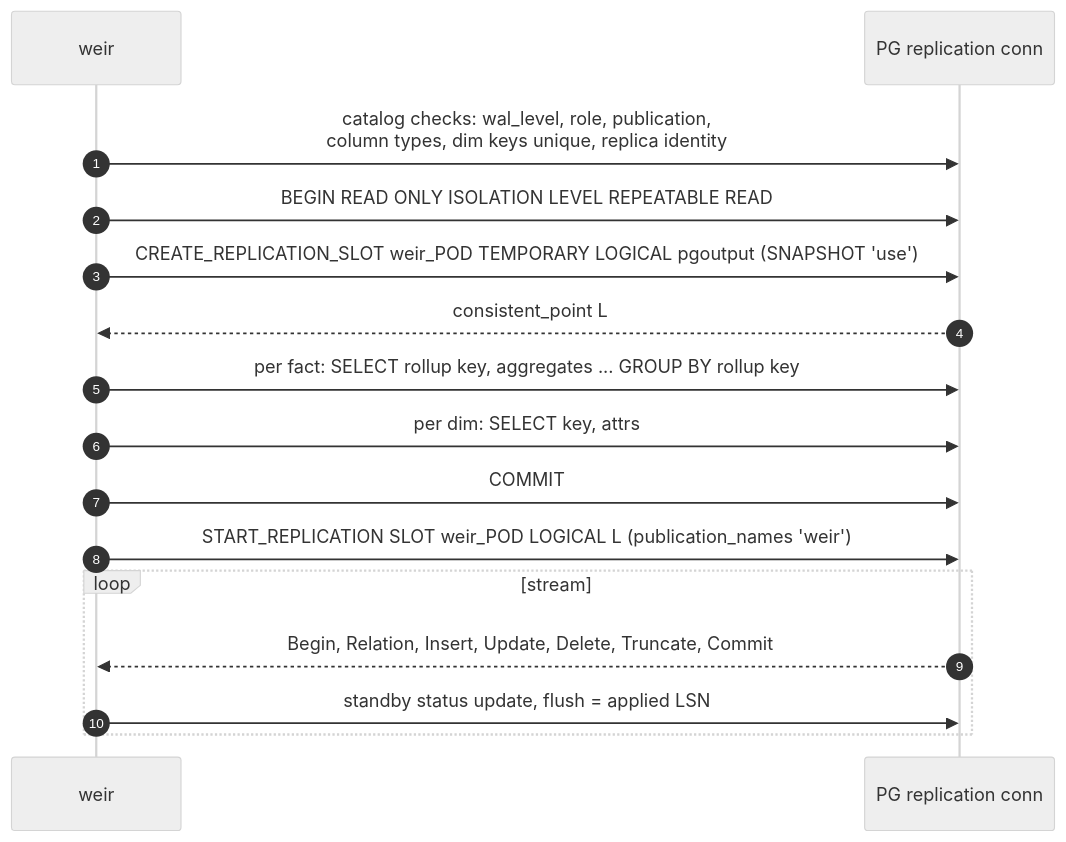
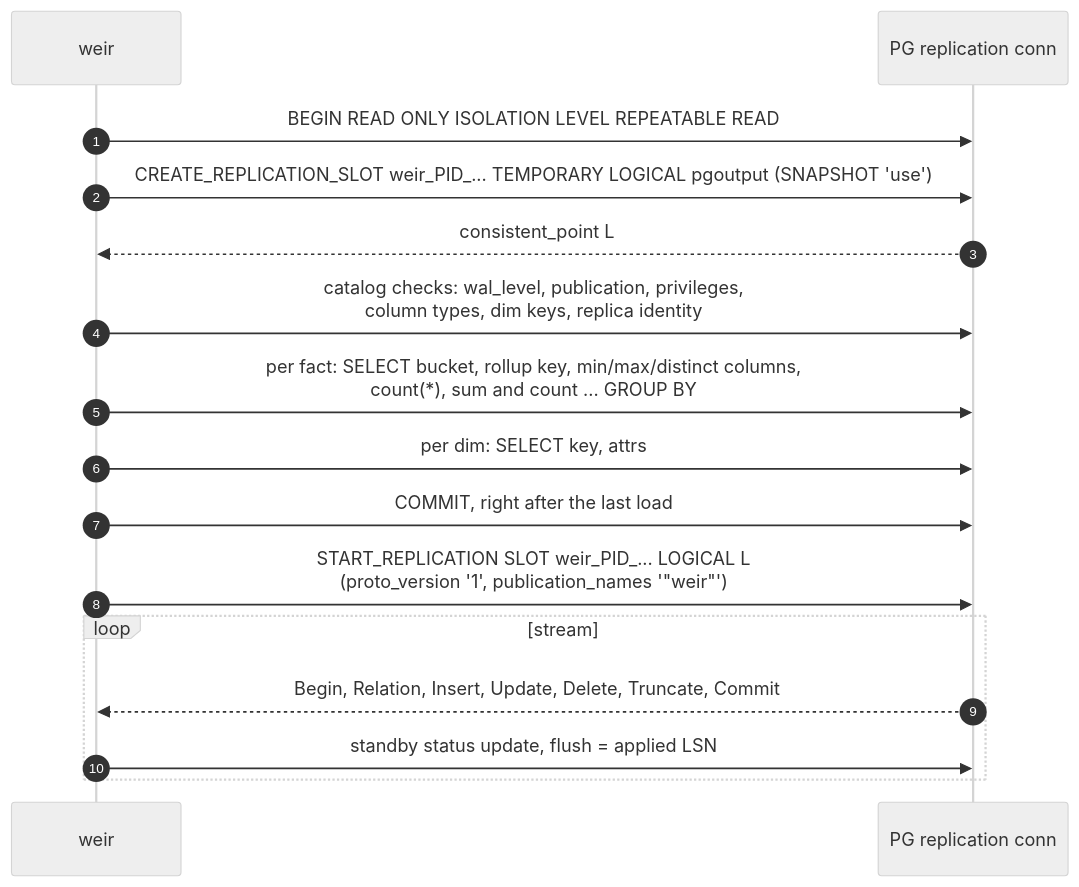
One commit to janbjorge/straum changed the second of 5 diagrams in research/ARCHITECTURE.md. Above: the diagram before and after it, drawn with Mermaid (neutral theme). The commit also changed other lines of this file and 21 other files, not shown here.

````diff
--- a/research/ARCHITECTURE.md
+++ b/research/ARCHITECTURE.md
@@ -178,18 +178,18 @@
 ```mermaid
 sequenceDiagram
   autonumber
   participant W as weir
   participant R as PG replication conn
-  W->>R: catalog checks: wal_level, role, publication,<br/>column types, dim keys unique, replica identity
   W->>R: BEGIN READ ONLY ISOLATION LEVEL REPEATABLE READ
-  W->>R: CREATE_REPLICATION_SLOT weir_POD TEMPORARY LOGICAL pgoutput (SNAPSHOT 'use')
+  W->>R: CREATE_REPLICATION_SLOT weir_PID_... TEMPORARY LOGICAL pgoutput (SNAPSHOT 'use')
   R-->>W: consistent_point L
-  W->>R: per fact: SELECT rollup key, aggregates ... GROUP BY rollup key
+  W->>R: catalog checks: wal_level, publication, privileges,<br/>column types, dim keys, replica identity
+  W->>R: per fact: SELECT bucket, rollup key, min/max/distinct columns,<br/>count(*), sum and count ... GROUP BY
   W->>R: per dim: SELECT key, attrs
-  W->>R: COMMIT
-  W->>R: START_REPLICATION SLOT weir_POD LOGICAL L (publication_names 'weir')
+  W->>R: COMMIT, right after the last load
+  W->>R: START_REPLICATION SLOT weir_PID_... LOGICAL L<br/>(proto_version '1', publication_names '"weir"')
   loop stream
     R-->>W: Begin, Relation, Insert, Update, Delete, Truncate, Commit
     W->>R: standby status update, flush = applied LSN
   end
 ```
````
